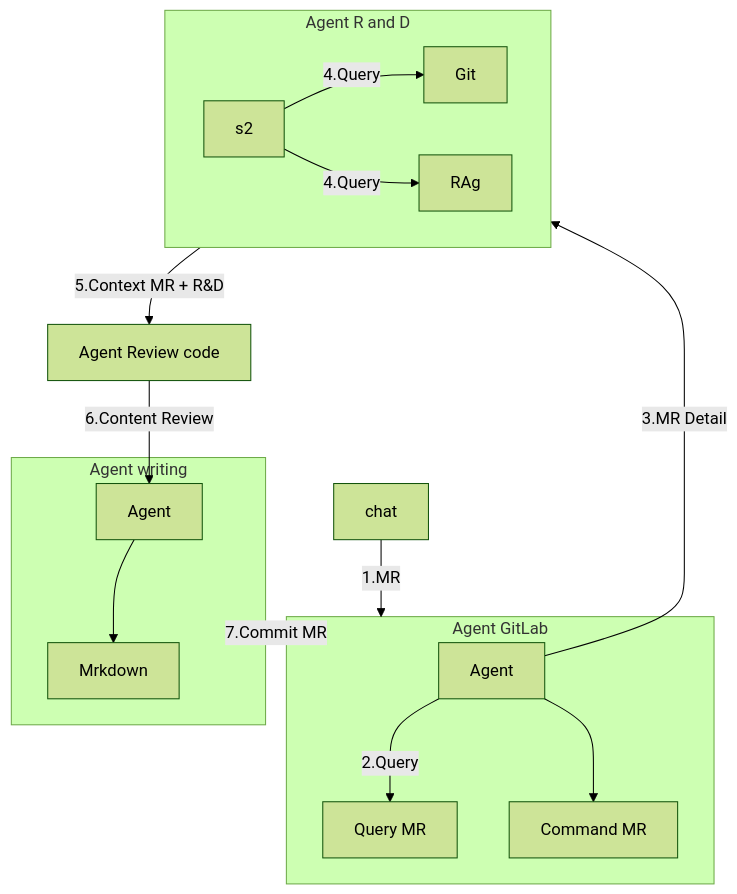
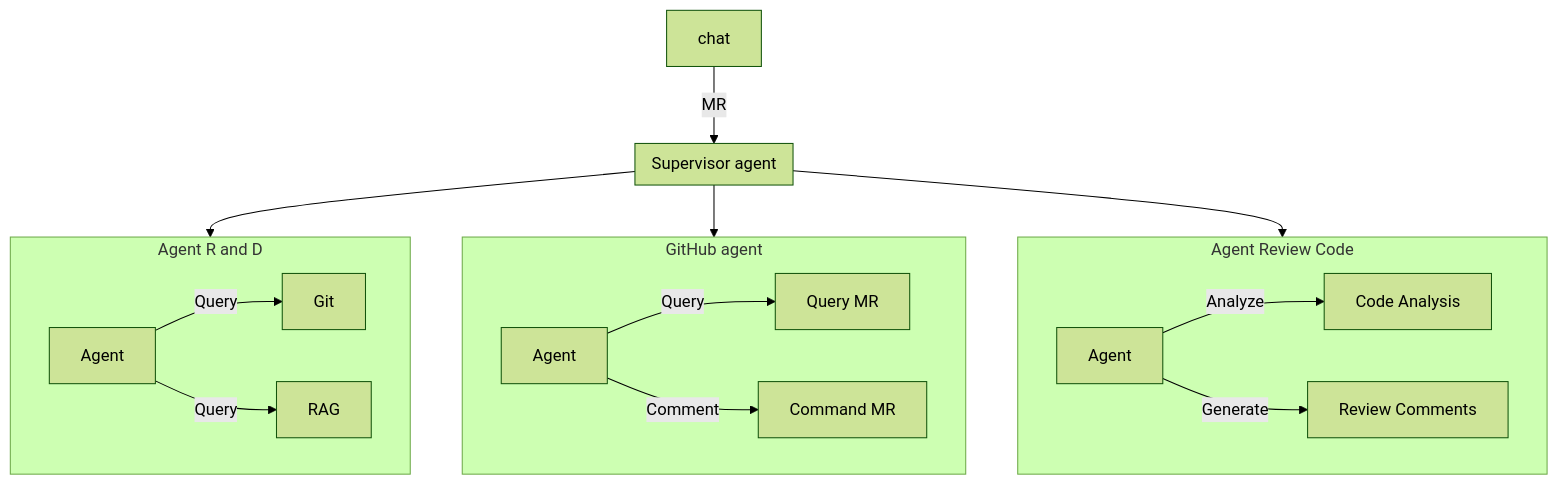
The diagram in flow/review_code_agent/readme.md (chinnawant/ai-assistant), drawn with Mermaid (forest theme) before and after one commit.

Commit message:
refactor: update flowchart structure in README for clarity and organization

````diff
--- a/flow/review_code_agent/readme.md
+++ b/flow/review_code_agent/readme.md
@@ -3,31 +3,33 @@
 ```mermaid
 
 
-flowchart TB
-    c1["chat"] -- 1.MR --> sa1[Agent]
-    
-    subgraph sa1[Agent GitLab]
-        a1 --2.Query--> ta1-l1["Query MR"]
-        a1 --> ta1-l2["Command MR"]
-    end
-    
+flowchart TD
+    c1["chat"] -- MR --> sa1[Agent]
 
 
-    a1[Agent] --3.MR Detail--> sa2[Agent]
+    subgraph sa1[Supervisor agent]
+    end
+
+    subgraph gh1[GitHub agent]
+			a1["Agent"] --Query--> ta1-l1["Query MR"]
+			a1 --"Comment"--> ta1-l2["Command MR"]
+    end
     subgraph sa2[Agent R and D]
-      s2 -- 4.Query --> ta2-l1[Git]
-      s2 -- 4.Query --> ta2-l2[RAg]
+      a2["Agent"] --Query--> ta2-l1["Git"]
+      a2 --Query--> ta2-l2["RAG"]
     end
-    
-    sa2 -- 5.Context MR + R&D--> sa3[Agent Review code]
-    sa3 -- 6.Content Review --> sa4[Agent]
-    subgraph s4[Agent writing]
-        sa4 --> ta4-l1["Mrkdown"]
+
+    subgraph sa3[Agent Review Code]
+      a3["Agent"] --Analyze--> ta3-l1["Code Analysis"]
+      a3 --Generate--> ta3-l2["Review Comments"]
     end
-    
-    s4 -- 7.Commit MR--> sa1
+
+		sa1 --> sa2
+		sa1 --> gh1
+		sa1 --> sa3
+
 
 
     
 
 ```
````
